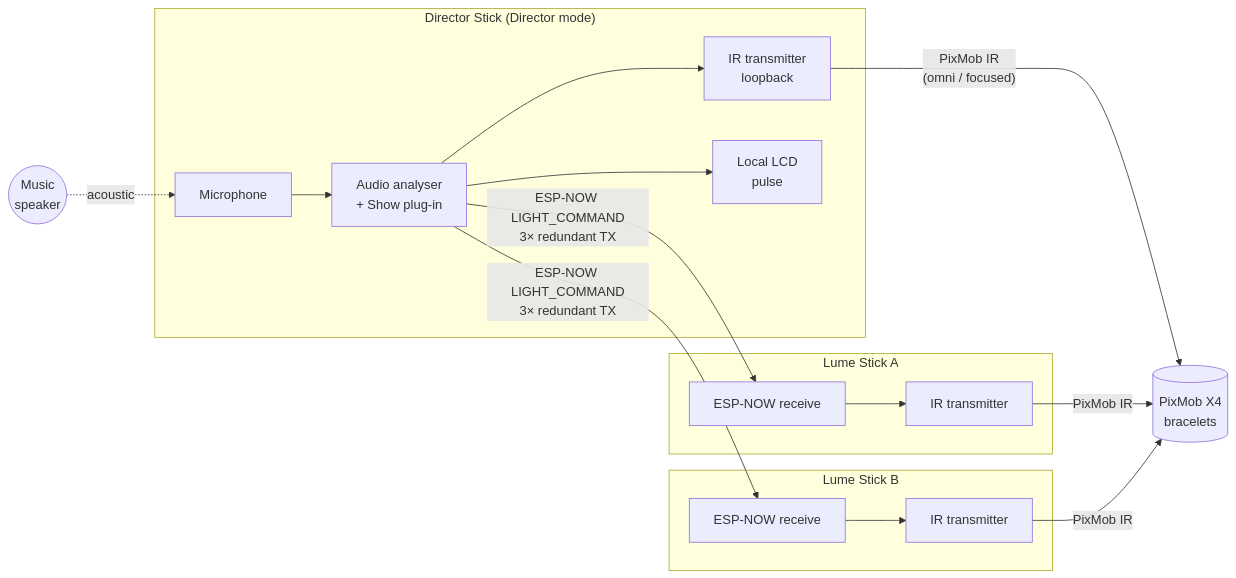
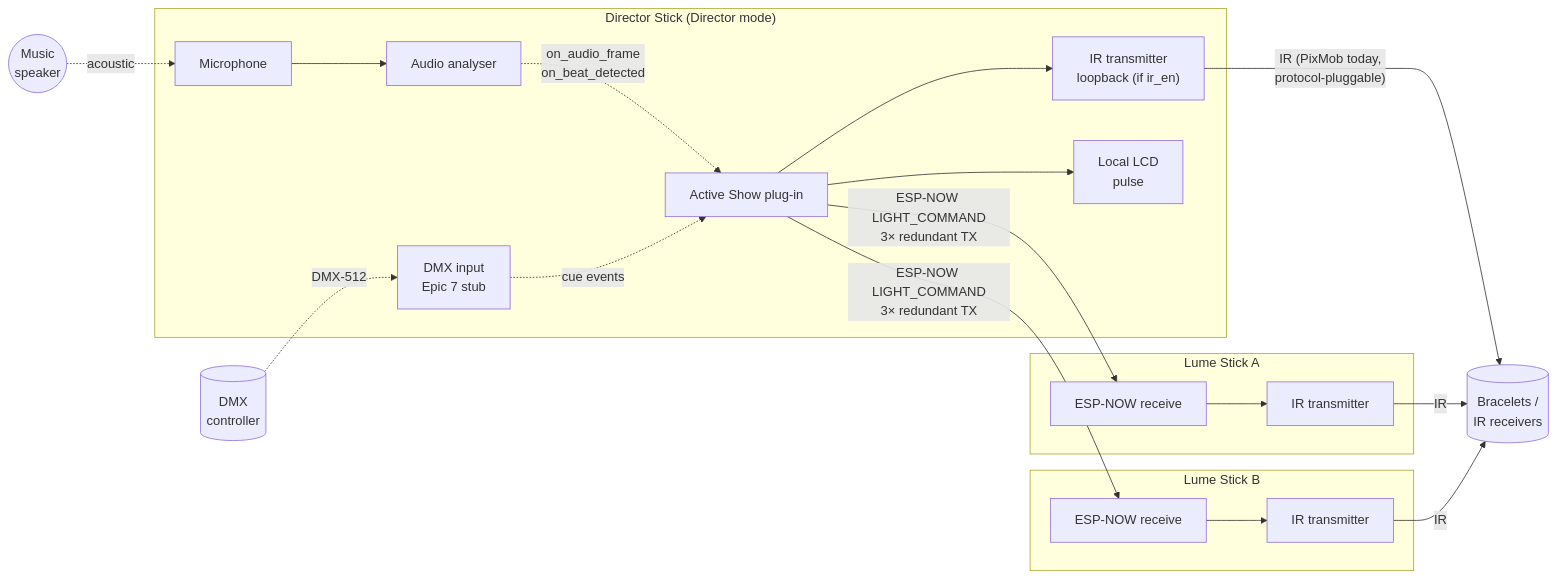
Before and after one commit to ratcliffej/nocturnation-stickc: the first of 10 diagrams in docs/manuals/flow-diagrams.md, drawn with Mermaid. The commit also changed other lines of this file, not shown here.

Commit message:
Flow diagrams: de-brand IR and clarify Show is the producer
§1 topology: Show plug-in becomes the central producer, with mic + DMX
as optional inputs (a Show may consume audio analyser events, DMX cues,
both, or neither — DMX is the Epic 7 stub but the architecture is
already shaped for it). IR transmission marked as gated by ir_en, and
the IR encoder framed as protocol-pluggable (PixMob is today's
reference implementation, not the only possibility).

§4: stale MasterIR / MasterLCD node IDs renamed to DirectorIR /
DirectorLCD (the Block 7 vocabulary sweep missed these because they're
internal Mermaid IDs, not displayed labels).

§5: "via PixMob driver" → "via configured IR driver".

§7: "PixMob IR" relay label → "IR relay"; "PixMob protocol group code"
→ "downstream IR group code", with the PixMob specifics moved into the
prose note as a concrete example rather than the only case.

§8 menu picker "Protocol: PixMob only" is left as-is — it accurately
describes today's menu.

````diff
--- a/docs/manuals/flow-diagrams.md
+++ b/docs/manuals/flow-diagrams.md
@@ -34,36 +34,42 @@
 ```mermaid
 flowchart LR
     Audio((Music<br/>speaker))
+    DMX[(DMX<br/>controller)]
 
     subgraph Director["Director Stick (Director mode)"]
         MMic[Microphone]
-        MAnalyser[Audio analyser<br/>+ Show plug-in]
-        MIR[IR transmitter<br/>loopback]
+        MAnalyser[Audio analyser]
+        MDMX[DMX input<br/>Epic 7 stub]
+        MShow[Active Show plug-in]
+        MIR["IR transmitter<br/>loopback (if ir_en)"]
         MLCD[Local LCD<br/>pulse]
         MMic --> MAnalyser
-        MAnalyser --> MIR
-        MAnalyser --> MLCD
+        MAnalyser -. on_audio_frame<br/>on_beat_detected .-> MShow
+        MDMX -. cue events .-> MShow
+        MShow --> MIR
+        MShow --> MLCD
     end
 
-    subgraph Slave1["Lume Stick A"]
-        S1Recv[ESP-NOW receive]
-        S1IR[IR transmitter]
-        S1Recv --> S1IR
+    subgraph Lume1["Lume Stick A"]
+        L1Recv[ESP-NOW receive]
+        L1IR[IR transmitter]
+        L1Recv --> L1IR
     end
 
-    subgraph Slave2["Lume Stick B"]
-        S2Recv[ESP-NOW receive]
-        S2IR[IR transmitter]
-        S2Recv --> S2IR
+    subgraph Lume2["Lume Stick B"]
+        L2Recv[ESP-NOW receive]
+        L2IR[IR transmitter]
+        L2Recv --> L2IR
     end
 
-    Bracelets[(PixMob X4<br/>bracelets)]
+    Receivers[(Bracelets /<br/>IR receivers)]
 
     Audio -. acoustic .-> MMic
-    MAnalyser -- "ESP-NOW LIGHT_COMMAND<br/>3× redundant TX" --> S1Recv
-    MAnalyser -- "ESP-NOW LIGHT_COMMAND<br/>3× redundant TX" --> S2Recv
+    DMX -. DMX-512 .-> MDMX
+    MShow -- "ESP-NOW LIGHT_COMMAND<br/>3× redundant TX" --> L1Recv
+    MShow -- "ESP-NOW LIGHT_COMMAND<br/>3× redundant TX" --> L2Recv
 
-    MIR -- "PixMob IR<br/>(omni / focused)" --> Bracelets
-    S1IR -- "PixMob IR" --> Bracelets
-    S2IR -- "PixMob IR" --> Bracelets
+    MIR -- "IR (PixMob today,<br/>protocol-pluggable)" --> Receivers
+    L1IR -- IR --> Receivers
+    L2IR -- IR --> Receivers
 ```
````
